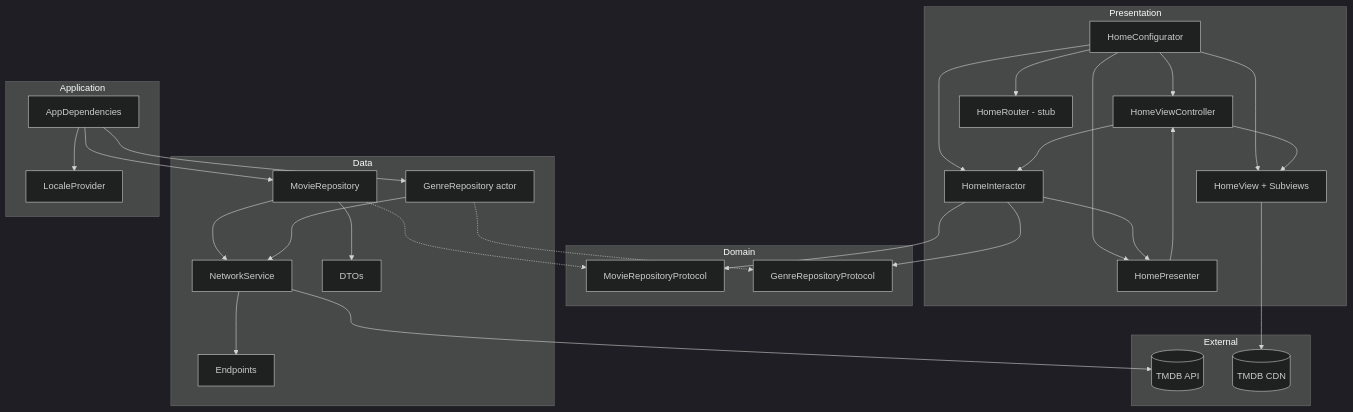
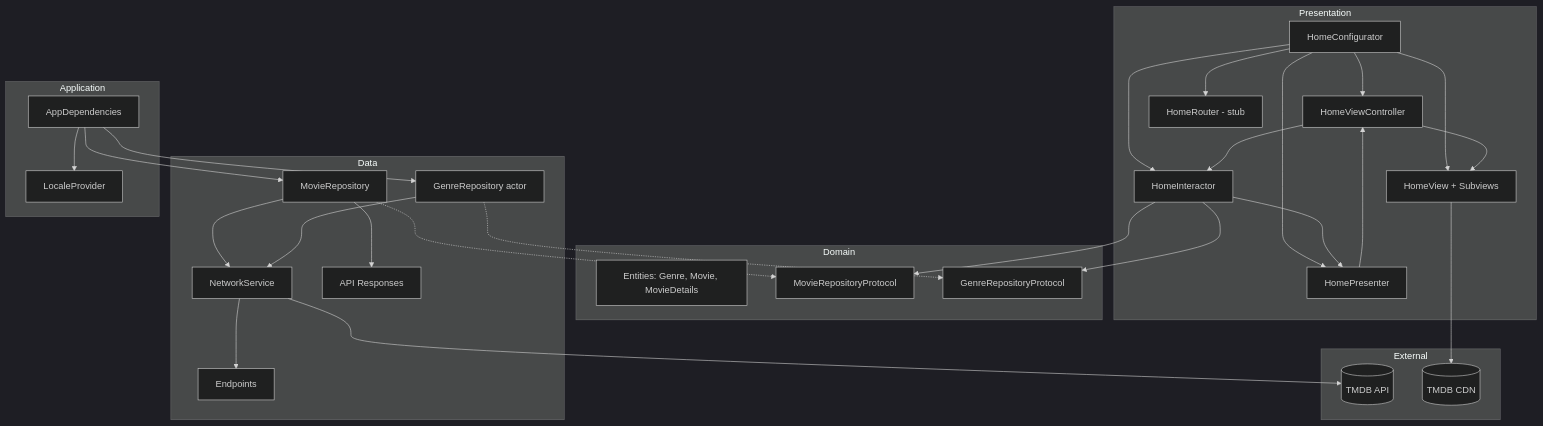
Before and after one commit to gilsonsantos03/cineteca: the sixth of 8 diagrams in cineteca/DOCUMENTACAO-PROJETO.md, drawn with Mermaid (dark theme). The commit also changed other lines of this file and 17 other files, not shown here.

````diff
--- a/cineteca/DOCUMENTACAO-PROJETO.md
+++ b/cineteca/DOCUMENTACAO-PROJETO.md
@@ -855,49 +875,50 @@
 ```mermaid
 graph TB
     subgraph Presentation
         VC[HomeViewController]
         V[HomeView + Subviews]
         I[HomeInteractor]
         P[HomePresenter]
         R[HomeRouter - stub]
         C[HomeConfigurator]
     end
 
     subgraph Domain
+        ENT[Entities: Genre, Movie, MovieDetails]
         MRP[MovieRepositoryProtocol]
         GRP[GenreRepositoryProtocol]
     end
 
     subgraph Data
         MR[MovieRepository]
         GR[GenreRepository actor]
         NS[NetworkService]
         EP[Endpoints]
-        DTO[DTOs]
+        RES[API Responses]
     end
 
     subgraph Application
         AD[AppDependencies]
         LP[LocaleProvider]
     end
 
     subgraph External
         TMDB[(TMDB API)]
         CDN[(TMDB CDN)]
     end
 
     C --> VC & I & P & R & V
     VC --> I
     I --> P
     P --> VC
     VC --> V
     I --> MRP & GRP
     MR -.-> MRP
     GR -.-> GRP
     MR & GR --> NS
     NS --> EP
-    MR --> DTO
+    MR --> RES
     AD --> MR & GR & LP
     NS --> TMDB
     V --> CDN
 ```
````
